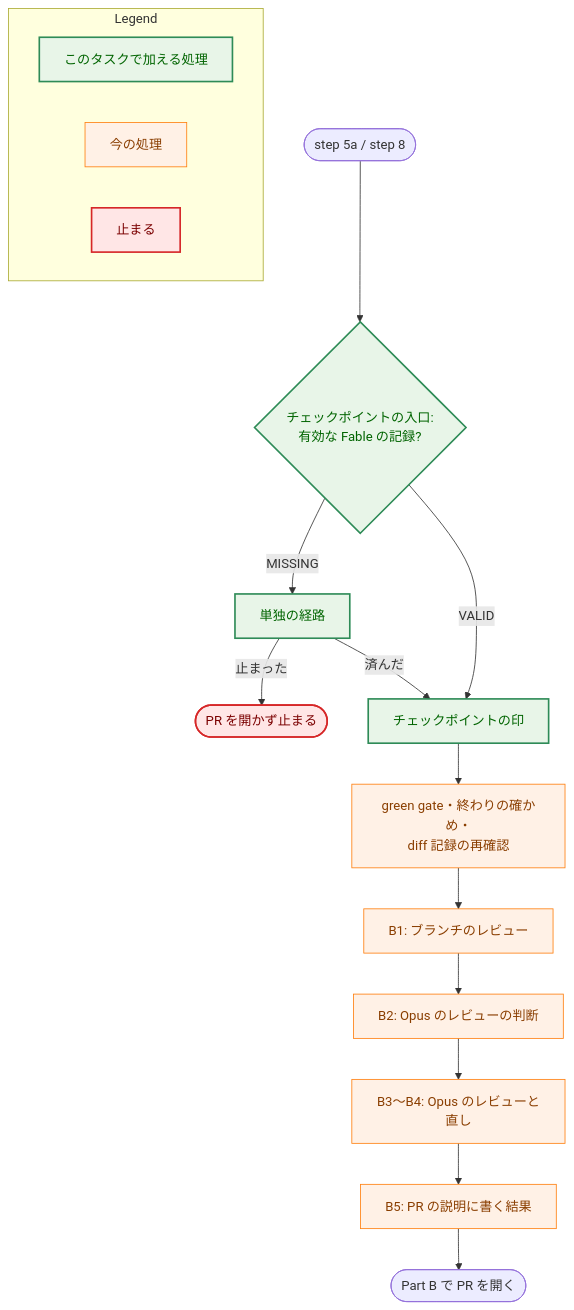
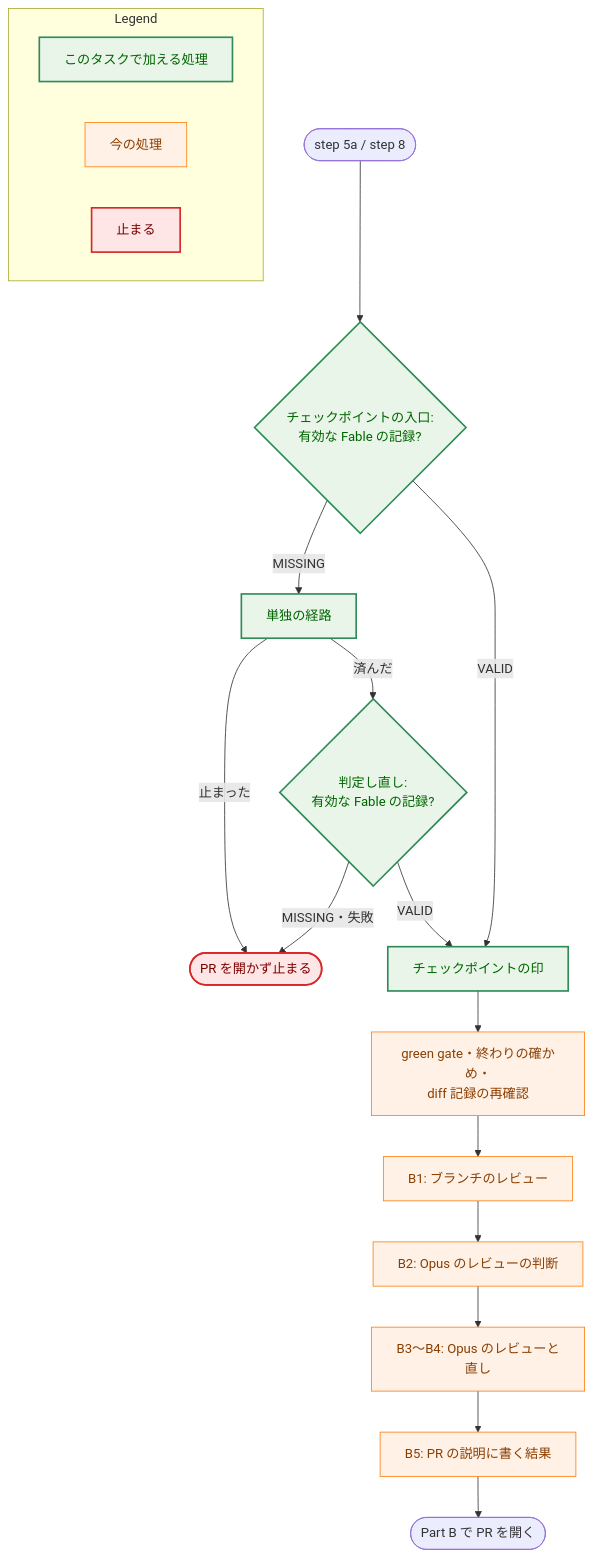
Before and after one commit to isseis/yt2column: the seventh of 7 diagrams in docs/tasks/0098_fable_partial_review/02_architecture.md, drawn with Mermaid. The commit also changed other lines of this file and 11 other files, not shown here.

````diff
--- a/docs/tasks/0098_fable_partial_review/02_architecture.md
+++ b/docs/tasks/0098_fable_partial_review/02_architecture.md
@@ -850,31 +852,33 @@
 ```mermaid
 flowchart TD
     classDef process fill:#fff1e6,stroke:#ff7f0e,stroke-width:1px,color:#8a3e00;
     classDef problem fill:#ffe6e6,stroke:#d62728,stroke-width:2px,color:#7b0000;
     classDef enhanced fill:#e8f5e8,stroke:#2e8b57,stroke-width:2px,color:#006400;
 
     Start(["step 5a / step 8"]) --> Entry{"チェックポイントの入口:<br>有効な Fable の記録?"}
     Entry -->|"MISSING"| Solo["単独の経路"]
     Solo -->|"止まった"| Halt(["PR を開かず止まる"])
-    Solo -->|"済んだ"| Mark["チェックポイントの印"]
+    Solo -->|"済んだ"| Recheck{"判定し直し:<br>有効な Fable の記録?"}
+    Recheck -->|"VALID"| Mark["チェックポイントの印"]
+    Recheck -->|"MISSING・失敗"| Halt
     Entry -->|"VALID"| Mark
     Mark --> Gate["green gate・終わりの確かめ・<br>diff 記録の再確認"]
     Gate --> B1["B1: ブランチのレビュー"]
     B1 --> B2["B2: Opus のレビューの判断"]
     B2 --> B3["B3〜B4: Opus のレビューと直し"]
     B3 --> B5["B5: PR の説明に書く結果"]
     B5 --> PB(["Part B で PR を開く"])
 
-    class Entry,Solo,Mark enhanced
+    class Entry,Solo,Recheck,Mark enhanced
     class Gate,B1,B2,B3,B5 process
     class Halt problem
 
     subgraph Legend["Legend"]
         L1["このタスクで加える処理"]
         L2["今の処理"]
         L3["止まる"]
     end
     class L1 enhanced
     class L2 process
     class L3 problem
 ```
````
